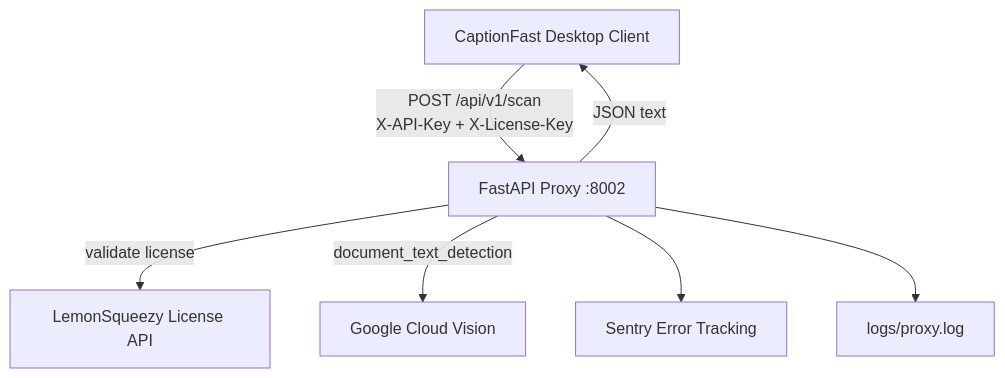
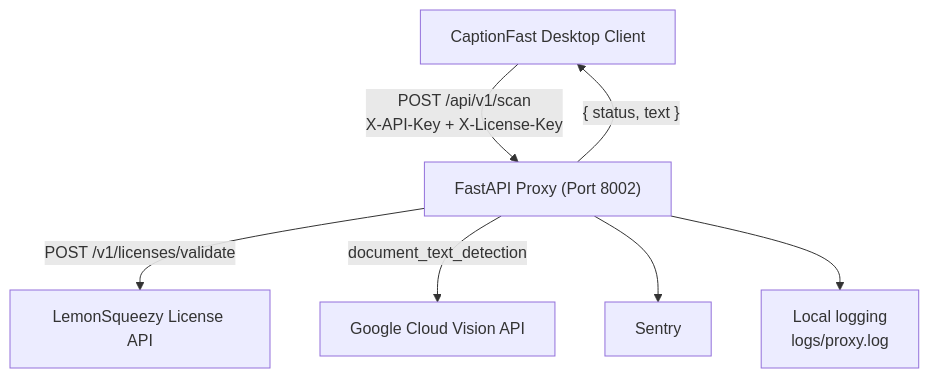
One commit to hanzeduardodedios1/captionfast-proxy changed the diagram in README.md. Above: the diagram before and after it, drawn with Mermaid. The commit also changed other lines of this file and 1 other file, not shown here.

Commit message:
docs: Updated README for app architecture, specifications, and processes

````diff
--- a/README.md
+++ b/README.md
@@ -14,16 +17,16 @@
 ```mermaid
 flowchart TB
-  Client[CaptionFast Desktop Client]
-  Proxy[FastAPI Proxy :8002]
-  LS[LemonSqueezy License API]
-  Vision[Google Cloud Vision]
-  Sentry[Sentry Error Tracking]
-  Logs[logs/proxy.log]
+  Client["CaptionFast Desktop Client"]
+  Proxy["FastAPI Proxy (Port 8002)"]
+  License["LemonSqueezy License API"]
+  Vision["Google Cloud Vision API"]
+  Sentry["Sentry"]
+  Logs["Local logging\nlogs/proxy.log"]
 
-  Client -->|POST /api/v1/scan\nX-API-Key + X-License-Key| Proxy
-  Proxy -->|validate license| LS
-  Proxy -->|document_text_detection| Vision
+  Client -->|"POST /api/v1/scan\nX-API-Key + X-License-Key"| Proxy
+  Proxy -->|"POST /v1/licenses/validate"| License
+  Proxy -->|"document_text_detection"| Vision
   Proxy --> Sentry
   Proxy --> Logs
-  Proxy -->|JSON text| Client
+  Proxy -->|"{ status, text }"| Client
 ```
````
